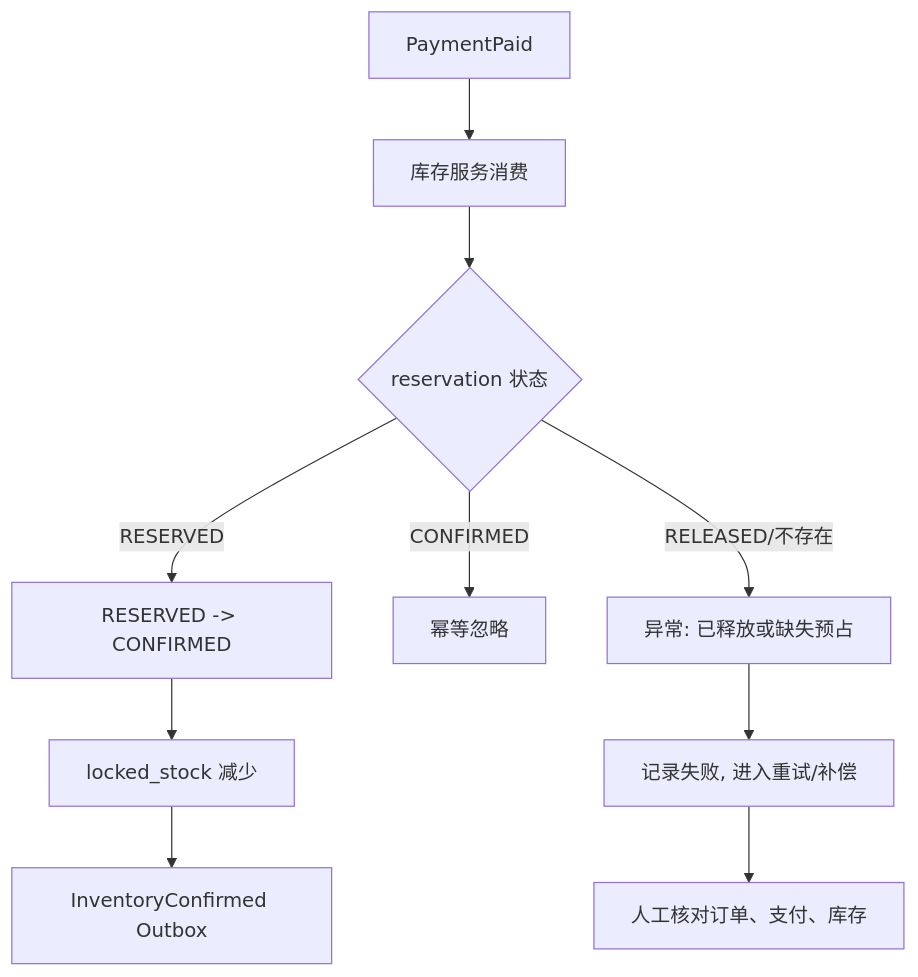
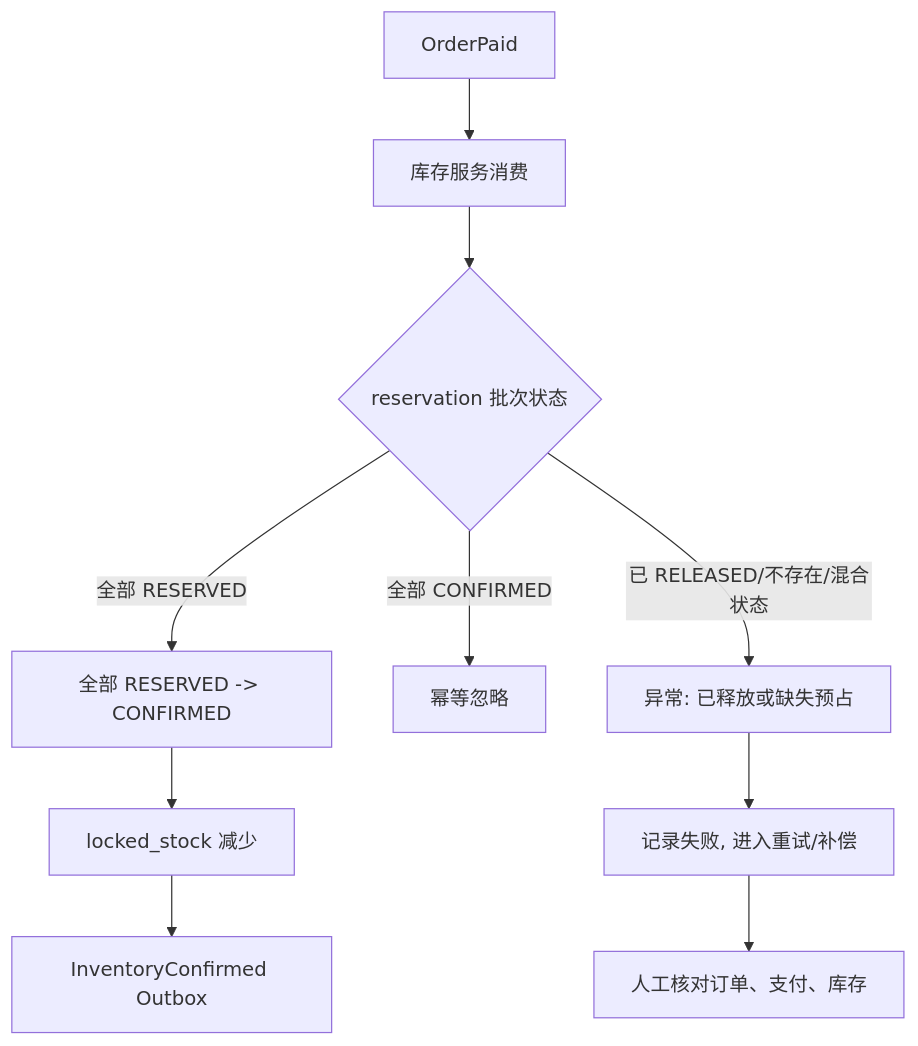
One commit to yinshihaogithub/framework-boot-starter changed diagram 16 of 20 in docs/ORDER_FINAL_CONSISTENCY_DESIGN.md. Above: the diagram before and after it, drawn with Mermaid. The commit also changed other lines of this file, not shown here.

````diff
--- a/docs/ORDER_FINAL_CONSISTENCY_DESIGN.md
+++ b/docs/ORDER_FINAL_CONSISTENCY_DESIGN.md
@@ -736,12 +966,12 @@
 ```mermaid
 flowchart TD
-  A["PaymentPaid"] --> B["库存服务消费"]
-  B --> C{"reservation 状态"}
-  C -->|RESERVED| D["RESERVED -> CONFIRMED"]
-  C -->|CONFIRMED| E["幂等忽略"]
-  C -->|RELEASED/不存在| F["异常: 已释放或缺失预占"]
+  A["OrderPaid"] --> B["库存服务消费"]
+  B --> C{"reservation 批次状态"}
+  C -->|全部 RESERVED| D["全部 RESERVED -> CONFIRMED"]
+  C -->|全部 CONFIRMED| E["幂等忽略"]
+  C -->|已 RELEASED/不存在/混合状态| F["异常: 已释放或缺失预占"]
   D --> G["locked_stock 减少"]
   G --> H["InventoryConfirmed Outbox"]
   F --> I["记录失败, 进入重试/补偿"]
   I --> J["人工核对订单、支付、库存"]
 ```
````
